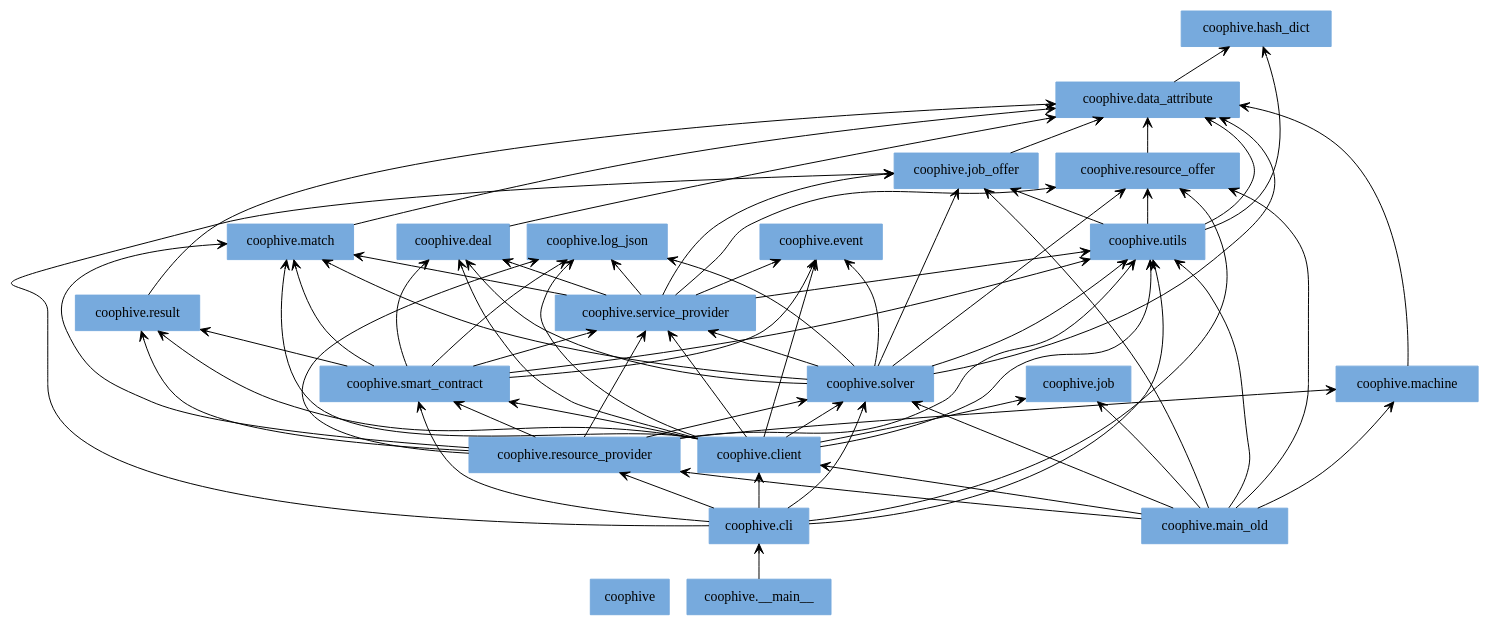
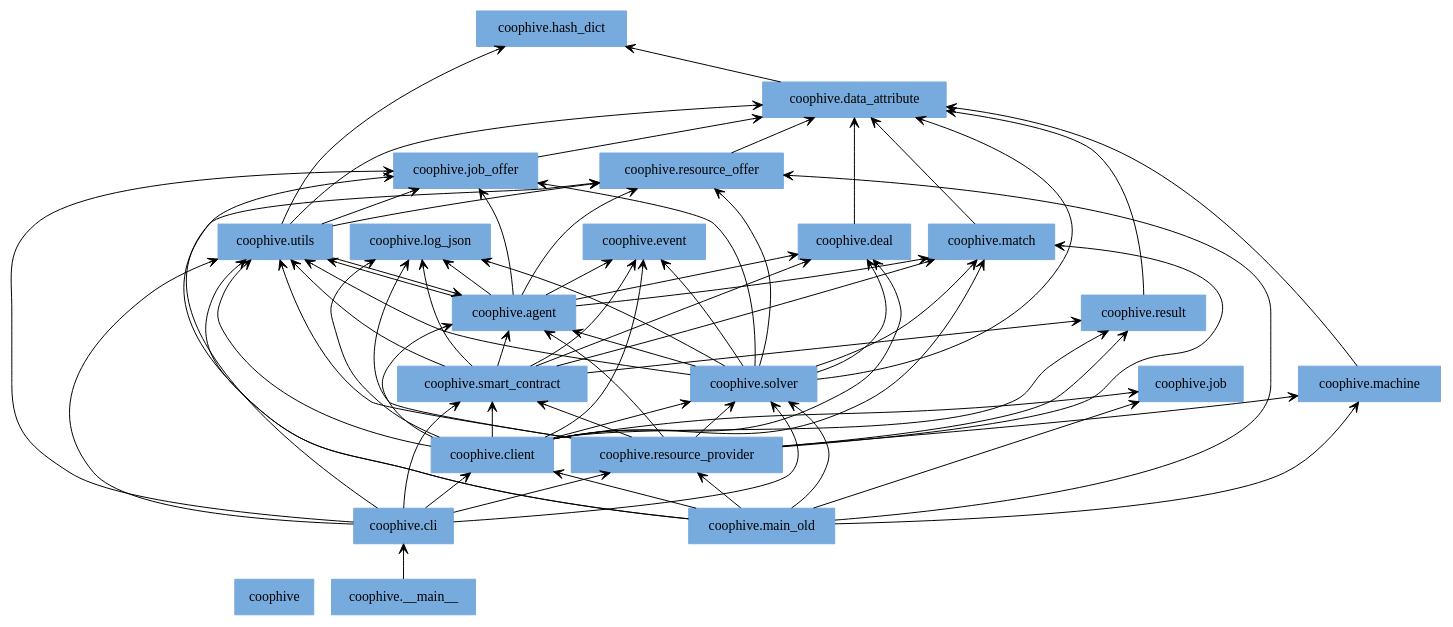
One commit to CoopHive/Apiary changed the diagram in docs/img/packages_coophive.dot. Above: the diagram before and after it, drawn with Graphviz. The commit also changed 11 other files, not shown here.

Commit message:
chore: rename ServiceProvider to Agent, closes #17

```diff
--- a/docs/img/packages_coophive.dot
+++ b/docs/img/packages_coophive.dot
@@ -1,93 +1,94 @@
 digraph "packages_coophive" {
 rankdir=BT
 charset="utf-8"
 "coophive" [color="#77AADD", label=<coophive>, shape="box", style="filled"];
 "coophive.__main__" [color="#77AADD", label=<coophive.__main__>, shape="box", style="filled"];
+"coophive.agent" [color="#77AADD", label=<coophive.agent>, shape="box", style="filled"];
 "coophive.cli" [color="#77AADD", label=<coophive.cli>, shape="box", style="filled"];
 "coophive.client" [color="#77AADD", label=<coophive.client>, shape="box", style="filled"];
 "coophive.data_attribute" [color="#77AADD", label=<coophive.data_attribute>, shape="box", style="filled"];
 "coophive.deal" [color="#77AADD", label=<coophive.deal>, shape="box", style="filled"];
 "coophive.event" [color="#77AADD", label=<coophive.event>, shape="box", style="filled"];
 "coophive.hash_dict" [color="#77AADD", label=<coophive.hash_dict>, shape="box", style="filled"];
 "coophive.job" [color="#77AADD", label=<coophive.job>, shape="box", style="filled"];
 "coophive.job_offer" [color="#77AADD", label=<coophive.job_offer>, shape="box", style="filled"];
 "coophive.log_json" [color="#77AADD", label=<coophive.log_json>, shape="box", style="filled"];
 "coophive.machine" [color="#77AADD", label=<coophive.machine>, shape="box", style="filled"];
 "coophive.main_old" [color="#77AADD", label=<coophive.main_old>, shape="box", style="filled"];
 "coophive.match" [color="#77AADD", label=<coophive.match>, shape="box", style="filled"];
 "coophive.resource_offer" [color="#77AADD", label=<coophive.resource_offer>, shape="box", style="filled"];
 "coophive.resource_provider" [color="#77AADD", label=<coophive.resource_provider>, shape="box", style="filled"];
 "coophive.result" [color="#77AADD", label=<coophive.result>, shape="box", style="filled"];
-"coophive.service_provider" [color="#77AADD", label=<coophive.service_provider>, shape="box", style="filled"];
 "coophive.smart_contract" [color="#77AADD", label=<coophive.smart_contract>, shape="box", style="filled"];
 "coophive.solver" [color="#77AADD", label=<coophive.solver>, shape="box", style="filled"];
 "coophive.utils" [color="#77AADD", label=<coophive.utils>, shape="box", style="filled"];
 "coophive.__main__" -> "coophive.cli" [arrowhead="open", arrowtail="none"];
+"coophive.agent" -> "coophive.deal" [arrowhead="open", arrowtail="none"];
+"coophive.agent" -> "coophive.event" [arrowhead="open", arrowtail="none"];
+"coophive.agent" -> "coophive.job_offer" [arrowhead="open", arrowtail="none"];
+"coophive.agent" -> "coophive.log_json" [arrowhead="open", arrowtail="none"];
+"coophive.agent" -> "coophive.match" [arrowhead="open", arrowtail="none"];
+"coophive.agent" -> "coophive.resource_offer" [arrowhead="open", arrowtail="none"];
+"coophive.agent" -> "coophive.utils" [arrowhead="open", arrowtail="none"];
 "coophive.cli" -> "coophive.client" [arrowhead="open", arrowtail="none"];
 "coophive.cli" -> "coophive.job_offer" [arrowhead="open", arrowtail="none"];
 "coophive.cli" -> "coophive.resource_offer" [arrowhead="open", arrowtail="none"];
 "coophive.cli" -> "coophive.resource_provider" [arrowhead="open", arrowtail="none"];
 "coophive.cli" -> "coophive.smart_contract" [arrowhead="open", arrowtail="none"];
 "coophive.cli" -> "coophive.solver" [arrowhead="open", arrowtail="none"];
 "coophive.cli" -> "coophive.utils" [arrowhead="open", arrowtail="none"];
+"coophive.client" -> "coophive.agent" [arrowhead="open", arrowtail="none"];
 "coophive.client" -> "coophive.deal" [arrowhead="open", arrowtail="none"];
 "coophive.client" -> "coophive.event" [arrowhead="open", arrowtail="none"];
 "coophive.client" -> "coophive.job" [arrowhead="open", arrowtail="none"];
 "coophive.client" -> "coophive.log_json" [arrowhead="open", arrowtail="none"];
 "coophive.client" -> "coophive.match" [arrowhead="open", arrowtail="none"];
 "coophive.client" -> "coophive.result" [arrowhead="open", arrowtail="none"];
-"coophive.client" -> "coophive.service_provider" [arrowhead="open", arrowtail="none"];
 "coophive.client" -> "coophive.smart_contract" [arrowhead="open", arrowtail="none"];
 "coophive.client" -> "coophive.solver" [arrowhead="open", arrowtail="none"];
 "coophive.client" -> "coophive.utils" [arrowhead="open", arrowtail="none"];
 "coophive.data_attribute" -> "coophive.hash_dict" [arrowhead="open", arrowtail="none"];
 "coophive.deal" -> "coophive.data_attribute" [arrowhead="open", arrowtail="none"];
 "coophive.job_offer" -> "coophive.data_attribute" [arrowhead="open", arrowtail="none"];
 "coophive.machine" -> "coophive.data_attribute" [arrowhead="open", arrowtail="none"];
 "coophive.main_old" -> "coophive.client" [arrowhead="open", arrowtail="none"];
 "coophive.main_old" -> "coophive.job" [arrowhead="open", arrowtail="none"];
 "coophive.main_old" -> "coophive.job_offer" [arrowhead="open", arrowtail="none"];
 "coophive.main_old" -> "coophive.machine" [arrowhead="open", arrowtail="none"];
 "coophive.main_old" -> "coophive.resource_offer" [arrowhead="open", arrowtail="none"];
 "coophive.main_old" -> "coophive.resource_provider" [arrowhead="open", arrowtail="none"];
 "coophive.main_old" -> "coophive.solver" [arrowhead="open", arrowtail="none"];
 "coophive.main_old" -> "coophive.utils" [arrowhead="open", arrowtail="none"];
 "coophive.match" -> "coophive.data_attribute" [arrowhead="open", arrowtail="none"];
 "coophive.resource_offer" -> "coophive.data_attribute" [arrowhead="open", arrowtail="none"];
+"coophive.resource_provider" -> "coophive.agent" [arrowhead="open", arrowtail="none"];
 "coophive.resource_provider" -> "coophive.log_json" [arrowhead="open", arrowtail="none"];
 "coophive.resource_provider" -> "coophive.machine" [arrowhead="open", arrowtail="none"];
 "coophive.resource_provider" -> "coophive.match" [arrowhead="open", arrowtail="none"];
 "coophive.resource_provider" -> "coophive.result" [arrowhead="open", arrowtail="none"];
-"coophive.resource_provider" -> "coophive.service_provider" [arrowhead="open", arrowtail="none"];
 "coophive.resource_provider" -> "coophive.smart_contract" [arrowhead="open", arrowtail="none"];
 "coophive.resource_provider" -> "coophive.solver" [arrowhead="open", arrowtail="none"];
 "coophive.resource_provider" -> "coophive.utils" [arrowhead="open", arrowtail="none"];
 "coophive.result" -> "coophive.data_attribute" [arrowhead="open", arrowtail="none"];
-"coophive.service_provider" -> "coophive.deal" [arrowhead="open", arrowtail="none"];
-"coophive.service_provider" -> "coophive.event" [arrowhead="open", arrowtail="none"];
-"coophive.service_provider" -> "coophive.job_offer" [arrowhead="open", arrowtail="none"];
-"coophive.service_provider" -> "coophive.log_json" [arrowhead="open", arrowtail="none"];
-"coophive.service_provider" -> "coophive.match" [arrowhead="open", arrowtail="none"];
-"coophive.service_provider" -> "coophive.resource_offer" [arrowhead="open", arrowtail="none"];
-"coophive.service_provider" -> "coophive.utils" [arrowhead="open", arrowtail="none"];
+"coophive.smart_contract" -> "coophive.agent" [arrowhead="open", arrowtail="none"];
 "coophive.smart_contract" -> "coophive.deal" [arrowhead="open", arrowtail="none"];
 "coophive.smart_contract" -> "coophive.event" [arrowhead="open", arrowtail="none"];
 "coophive.smart_contract" -> "coophive.log_json" [arrowhead="open", arrowtail="none"];
 "coophive.smart_contract" -> "coophive.match" [arrowhead="open", arrowtail="none"];
 "coophive.smart_contract" -> "coophive.result" [arrowhead="open", arrowtail="none"];
-"coophive.smart_contract" -> "coophive.service_provider" [arrowhead="open", arrowtail="none"];
 "coophive.smart_contract" -> "coophive.utils" [arrowhead="open", arrowtail="none"];
+"coophive.solver" -> "coophive.agent" [arrowhead="open", arrowtail="none"];
 "coophive.solver" -> "coophive.data_attribute" [arrowhead="open", arrowtail="none"];
 "coophive.solver" -> "coophive.deal" [arrowhead="open", arrowtail="none"];
 "coophive.solver" -> "coophive.event" [arrowhead="open", arrowtail="none"];
 "coophive.solver" -> "coophive.job_offer" [arrowhead="open", arrowtail="none"];
 "coophive.solver" -> "coophive.log_json" [arrowhead="open", arrowtail="none"];
 "coophive.solver" -> "coophive.match" [arrowhead="open", arrowtail="none"];
 "coophive.solver" -> "coophive.resource_offer" [arrowhead="open", arrowtail="none"];
-"coophive.solver" -> "coophive.service_provider" [arrowhead="open", arrowtail="none"];
 "coophive.solver" -> "coophive.utils" [arrowhead="open", arrowtail="none"];
+"coophive.utils" -> "coophive.agent" [arrowhead="open", arrowtail="none"];
 "coophive.utils" -> "coophive.data_attribute" [arrowhead="open", arrowtail="none"];
 "coophive.utils" -> "coophive.hash_dict" [arrowhead="open", arrowtail="none"];
 "coophive.utils" -> "coophive.job_offer" [arrowhead="open", arrowtail="none"];
 "coophive.utils" -> "coophive.resource_offer" [arrowhead="open", arrowtail="none"];
 }
```
